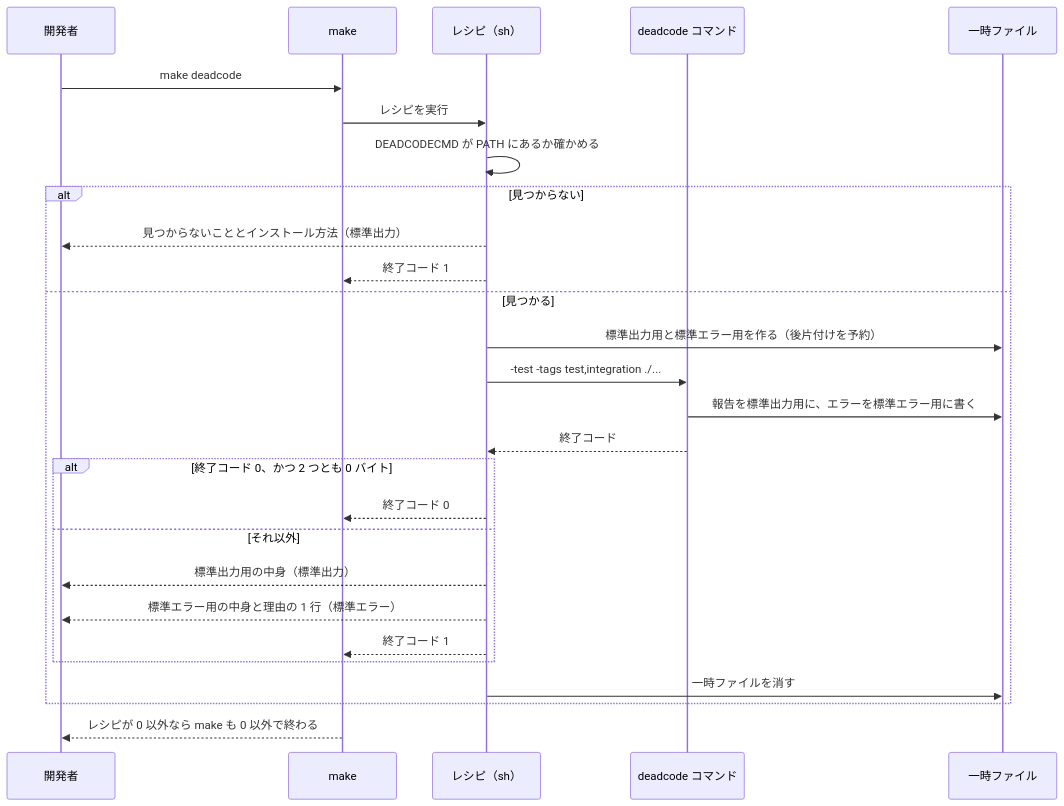
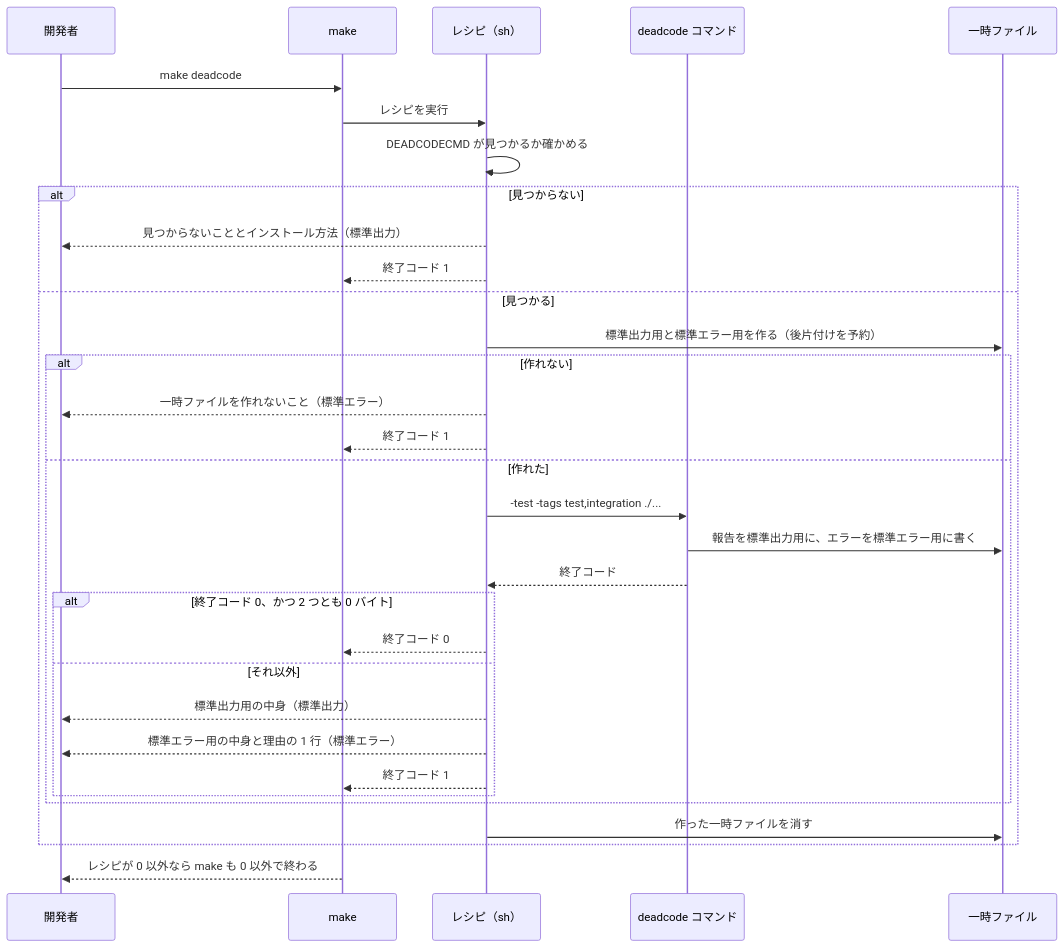
The third of 4 diagrams in docs/tasks/0047_deadcode_scope/02_architecture.md (isseis/yt2column), drawn with Mermaid before and after one commit. The commit also changed other lines of this file, not shown here.

First line of the commit message:
docs(0047): address the architecture review and polish the Japanese prose

````diff
--- a/docs/tasks/0047_deadcode_scope/02_architecture.md
+++ b/docs/tasks/0047_deadcode_scope/02_architecture.md
@@ -163,30 +161,35 @@
 ```mermaid
 sequenceDiagram
     participant U as 開発者
     participant M as make
     participant R as レシピ（sh）
     participant D as deadcode コマンド
     participant F as 一時ファイル
 
     U->>M: make deadcode
     M->>R: レシピを実行
-    R->>R: DEADCODECMD が PATH にあるか確かめる
+    R->>R: DEADCODECMD が見つかるか確かめる
     alt 見つからない
         R-->>U: 見つからないこととインストール方法（標準出力）
         R-->>M: 終了コード 1
     else 見つかる
         R->>F: 標準出力用と標準エラー用を作る（後片付けを予約）
-        R->>D: -test -tags test,integration ./...
-        D->>F: 報告を標準出力用に、エラーを標準エラー用に書く
-        D-->>R: 終了コード
-        alt 終了コード 0、かつ 2 つとも 0 バイト
-            R-->>M: 終了コード 0
-        else それ以外
-            R-->>U: 標準出力用の中身（標準出力）
-            R-->>U: 標準エラー用の中身と理由の 1 行（標準エラー）
+        alt 作れない
+            R-->>U: 一時ファイルを作れないこと（標準エラー）
             R-->>M: 終了コード 1
+        else 作れた
+            R->>D: -test -tags test,integration ./...
+            D->>F: 報告を標準出力用に、エラーを標準エラー用に書く
+            D-->>R: 終了コード
+            alt 終了コード 0、かつ 2 つとも 0 バイト
+                R-->>M: 終了コード 0
+            else それ以外
+                R-->>U: 標準出力用の中身（標準出力）
+                R-->>U: 標準エラー用の中身と理由の 1 行（標準エラー）
+                R-->>M: 終了コード 1
+            end
         end
-        R->>F: 一時ファイルを消す
+        R->>F: 作った一時ファイルを消す
     end
     M-->>U: レシピが 0 以外なら make も 0 以外で終わる
 ```
````
